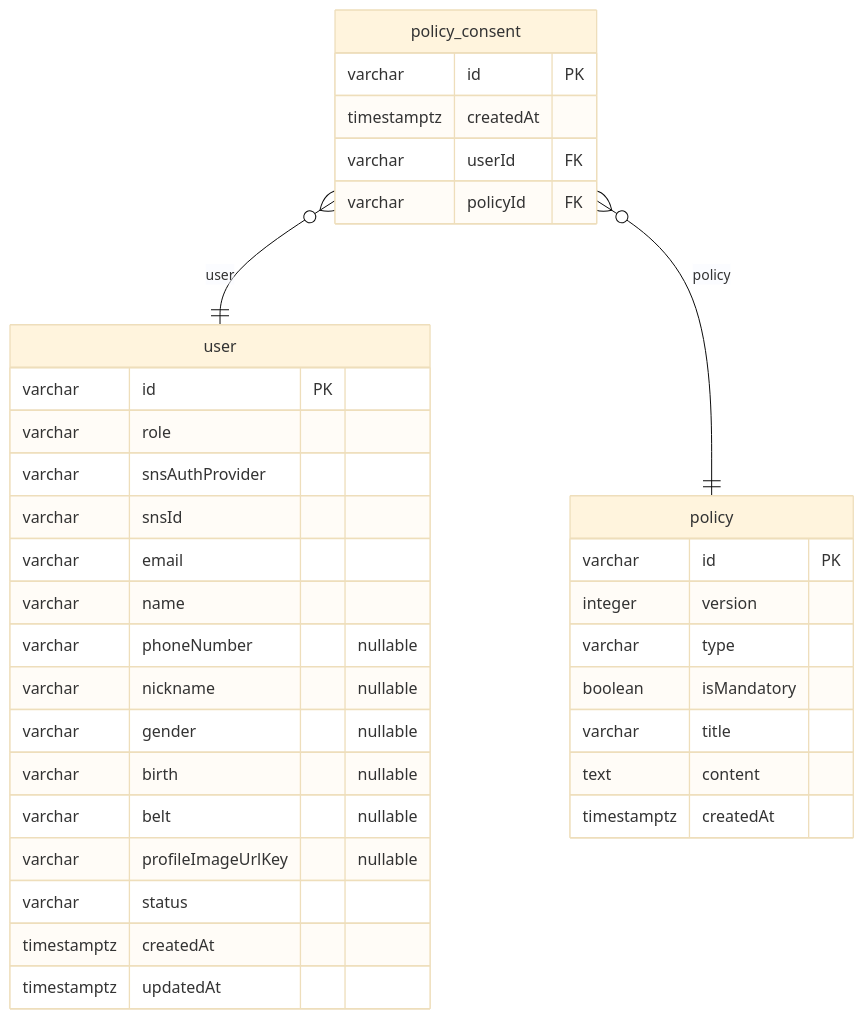
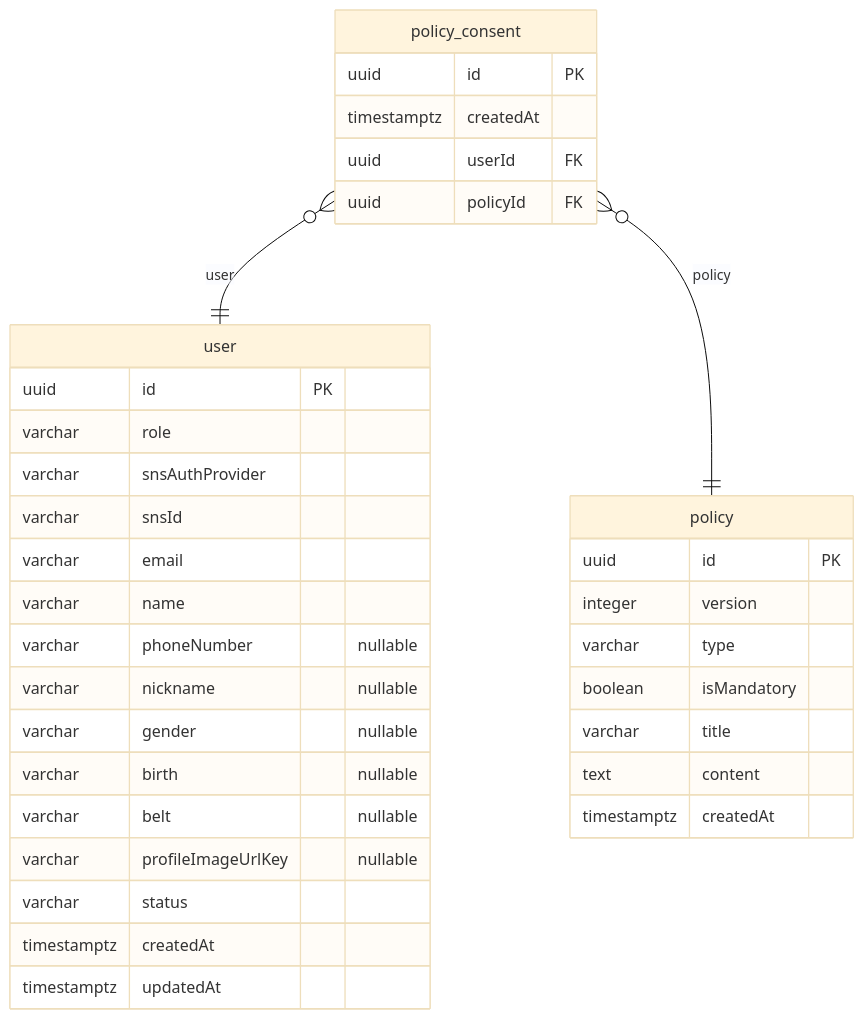
One commit to NAJUHA-JIUJITSU/najuha-v2-be changed the second of 4 diagrams in docs/najiha-v2-erd.md. Above: the diagram before and after it, drawn with Mermaid (base theme). The commit also changed other lines of this file and 43 other files, not shown here.

````diff
--- a/docs/najiha-v2-erd.md
+++ b/docs/najiha-v2-erd.md
@@ -18,37 +233,37 @@
 ```mermaid
 erDiagram
   policy {
-    varchar id PK
+    uuid id PK
     integer version
     varchar type
     boolean isMandatory
     varchar title
     text content
     timestamptz createdAt
   }
   policy_consent {
-    varchar id PK
+    uuid id PK
     timestamptz createdAt
-    varchar userId FK
-    varchar policyId FK
+    uuid userId FK
+    uuid policyId FK
   }
   user {
-    varchar id PK
+    uuid id PK
     varchar role
     varchar snsAuthProvider
     varchar snsId
     varchar email
     varchar name
     varchar phoneNumber "nullable"
     varchar nickname "nullable"
     varchar gender "nullable"
     varchar birth "nullable"
     varchar belt "nullable"
     varchar profileImageUrlKey "nullable"
     varchar status
     timestamptz createdAt
     timestamptz updatedAt
   }
   policy_consent }o--|| user: user
   policy_consent }o--|| policy: policy
 ```
````
